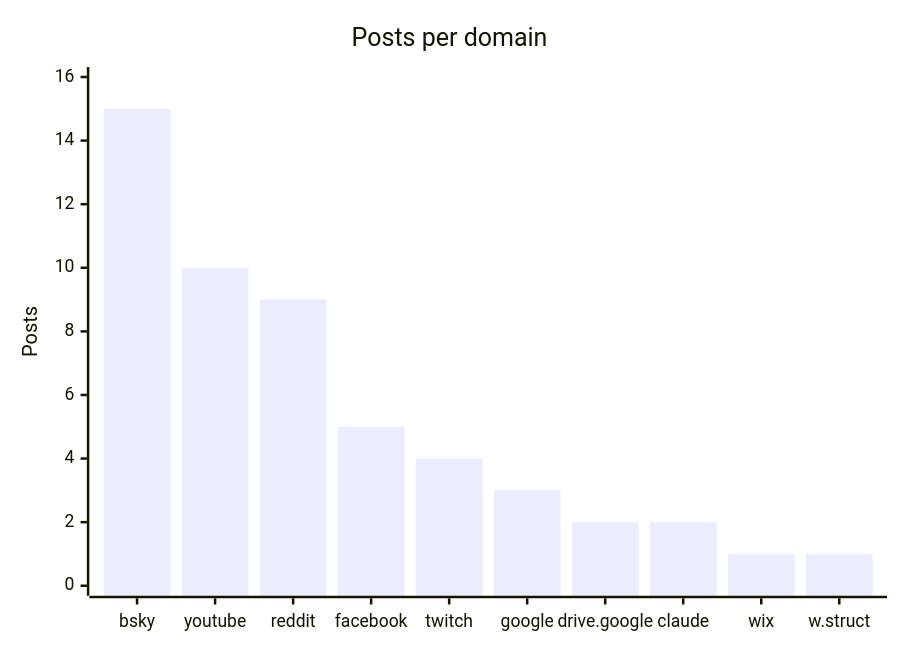
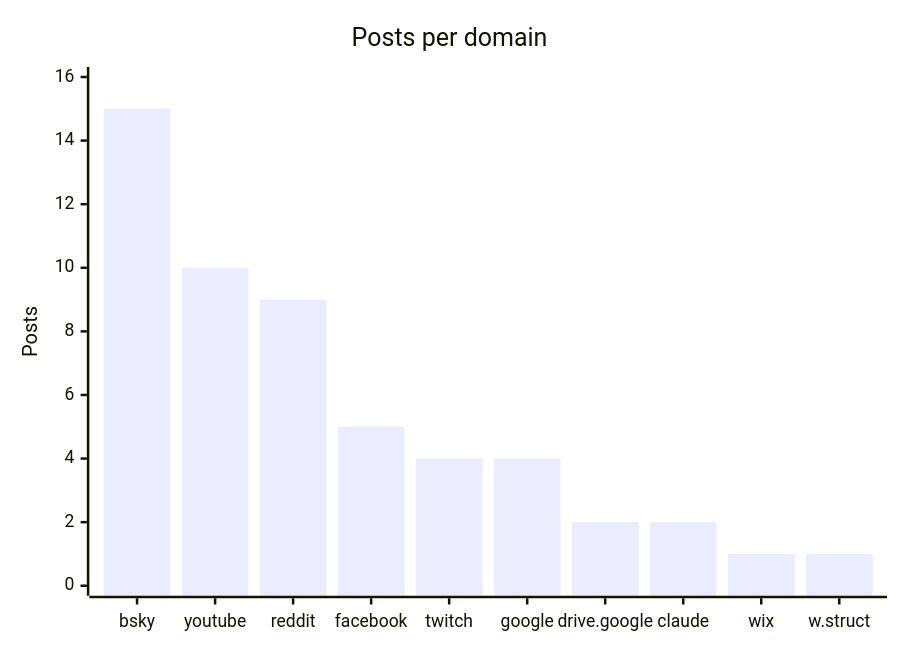
Before and after one commit to martinbalfanz/social-scanner-reports: the fourth of 4 diagrams in README.md, drawn with Mermaid. The commit also changed other lines of this file and 2 other files, not shown here.

````diff
--- a/README.md
+++ b/README.md
@@ -58,7 +58,7 @@
 ```mermaid
 xychart-beta
     title "Posts per domain"
     x-axis ["bsky", "youtube", "reddit", "facebook", "twitch", "google", "drive.google", "claude", "wix", "w.struct"]
     y-axis "Posts" 0 --> 16
-    bar [15, 10, 9, 5, 4, 3, 2, 2, 1, 1]
+    bar [15, 10, 9, 5, 4, 4, 2, 2, 1, 1]
 ```
````
